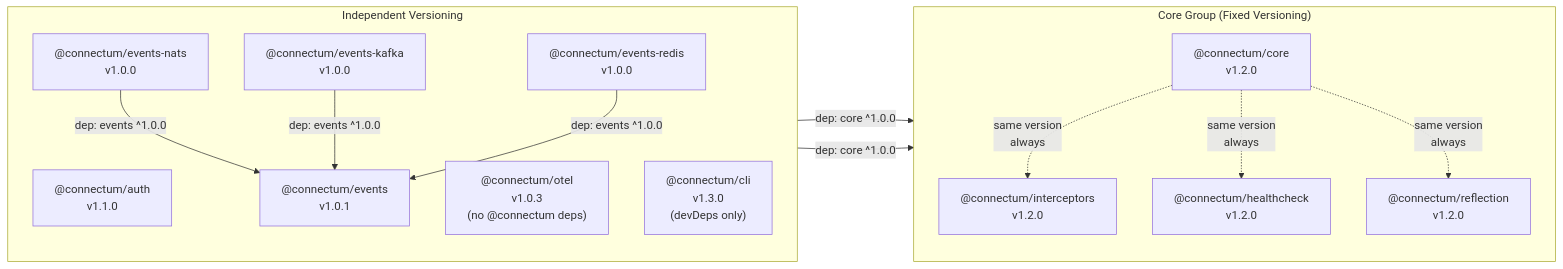
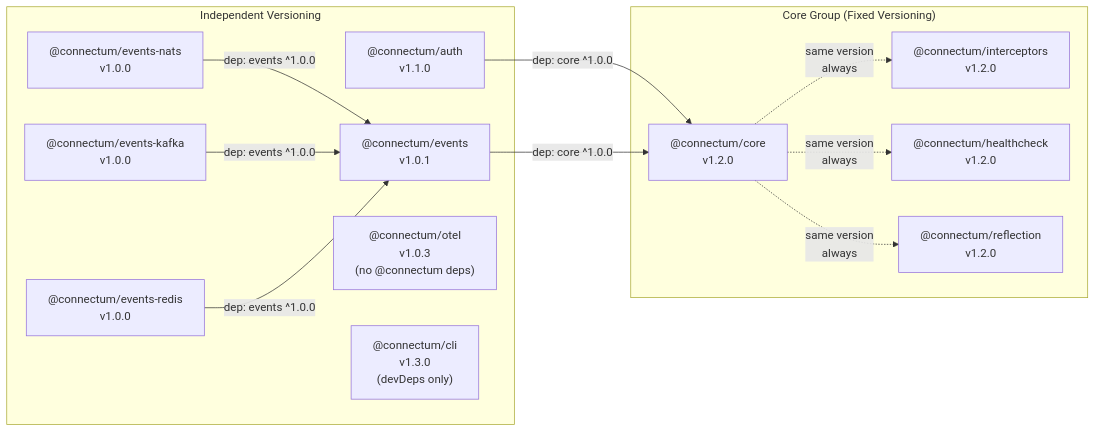
Before and after one commit to Connectum-Framework/docs: the second of 2 diagrams in en/contributing/adr/025-package-versioning-strategy.md, drawn with Mermaid. The commit also changed 2 other files, not shown here.

Commit message:
build(deps-dev): bump mermaid from 11.15.0 to 11.16.1 in the npm_and_yarn group across 1 directory (#83)
* build(deps-dev): bump mermaid

Bumps the npm_and_yarn group with 1 update in the / directory: [mermaid](https://github.com/mermaid-js/mermaid).

Updates `mermaid` from 11.15.0 to 11.16.1
- [Release notes](https://github.com/mermaid-js/mermaid/releases)
- [Commits](https://github.com/mermaid-js/mermaid/compare/mermaid@11.15.0...mermaid@11.16.1)

---
updated-dependencies:
- dependency-name: mermaid
  dependency-version: 11.16.1
  dependency-type: direct:development
  dependency-group: npm_and_yarn
...

* docs(adr-025): drop per-subgraph direction for mermaid 11.16

Mermaid 11.16 (#7672) started honouring `direction` inside subgraphs in
the dagre layout. The two `direction TB` lines in the versioning diagram
were ignored until now; honoured, they widen the diagram (text shrinks in
the doc column) and route the core-dependency edges between cluster
borders, hiding which package depends on core. Removing them renders the
diagram exactly as it did with 11.15.

---------

````diff
--- a/en/contributing/adr/025-package-versioning-strategy.md
+++ b/en/contributing/adr/025-package-versioning-strategy.md
@@ -184,33 +184,31 @@
 ```mermaid
 graph LR
     subgraph "Core Group (Fixed Versioning)"
-        direction TB
         C["@connectum/core<br/>v1.2.0"]
         I["@connectum/interceptors<br/>v1.2.0"]
         H["@connectum/healthcheck<br/>v1.2.0"]
         R["@connectum/reflection<br/>v1.2.0"]
     end
 
     subgraph "Independent Versioning"
-        direction TB
         A["@connectum/auth<br/>v1.1.0"]
         E["@connectum/events<br/>v1.0.1"]
         EN["@connectum/events-nats<br/>v1.0.0"]
         EK["@connectum/events-kafka<br/>v1.0.0"]
         ER["@connectum/events-redis<br/>v1.0.0"]
         O["@connectum/otel<br/>v1.0.3<br/>(no @connectum deps)"]
         CLI["@connectum/cli<br/>v1.3.0<br/>(devDeps only)"]
     end
 
     C -.->|"same version<br/>always"| I
     C -.->|"same version<br/>always"| H
     C -.->|"same version<br/>always"| R
 
     A -->|"dep: core ^1.0.0"| C
     E -->|"dep: core ^1.0.0"| C
     EN -->|"dep: events ^1.0.0"| E
     EK -->|"dep: events ^1.0.0"| E
     ER -->|"dep: events ^1.0.0"| E
 
     class C,I,H,R accent
 ```
````
